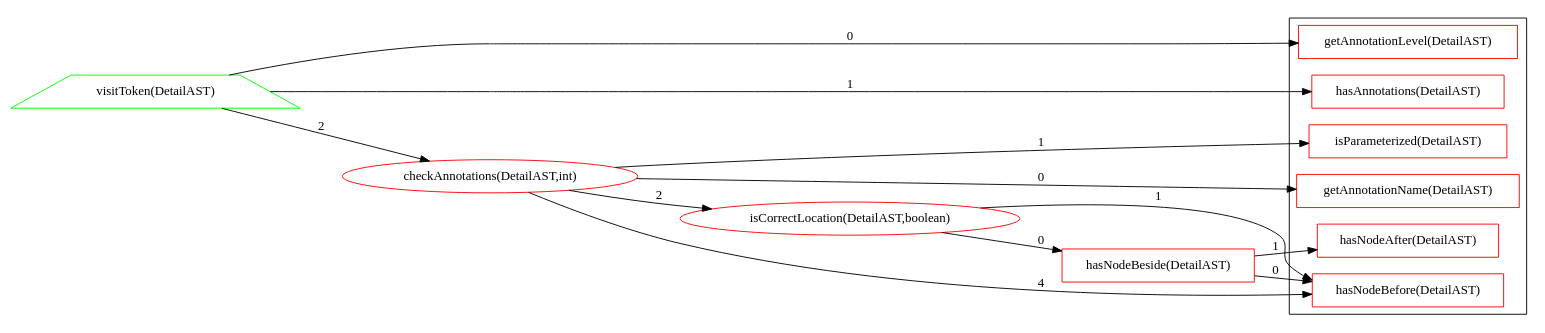
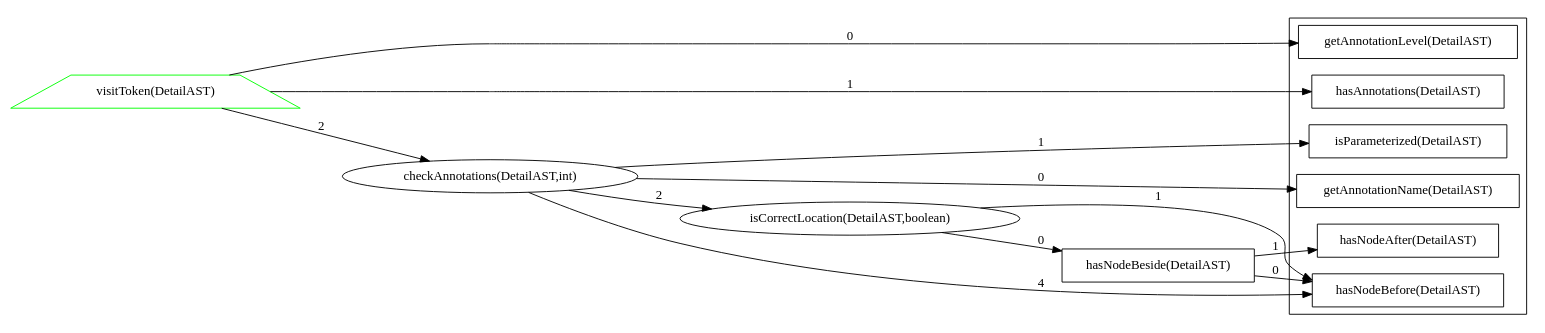
One commit to alex-zuy/alex-zuy.github.io changed the diagram in dot/after_AnnotationLocationCheck.java.dot. Above: the diagram before and after it, drawn with Graphviz. The commit also changed 3 other files, not shown here.

```diff
--- a/dot/after_AnnotationLocationCheck.java.dot
+++ b/dot/after_AnnotationLocationCheck.java.dot
@@ -1,40 +1,40 @@
 digraph dependencies {
 rankdir = "LR";
 subgraph clustersimple {
-"isParameterized(DetailAST)" [ color="#ff0000ff" shape="polygon" ];
-"hasNodeBefore(DetailAST)" [ color="#ff0000ff" shape="polygon" ];
-"hasNodeAfter(DetailAST)" [ color="#ff0000ff" shape="polygon" ];
-"getAnnotationLevel(DetailAST)" [ color="#ff0000ff" shape="polygon" ];
-"hasAnnotations(DetailAST)" [ color="#ff0000ff" shape="polygon" ];
-"getAnnotationName(DetailAST)" [ color="#ff0000ff" shape="polygon" ];
+"isParameterized(DetailAST)" [ color="#000000ff" shape="polygon" ];
+"hasNodeBefore(DetailAST)" [ color="#000000ff" shape="polygon" ];
+"hasNodeAfter(DetailAST)" [ color="#000000ff" shape="polygon" ];
+"getAnnotationLevel(DetailAST)" [ color="#000000ff" shape="polygon" ];
+"hasAnnotations(DetailAST)" [ color="#000000ff" shape="polygon" ];
+"getAnnotationName(DetailAST)" [ color="#000000ff" shape="polygon" ];
 }
-"isCorrectLocation(DetailAST,boolean)" [ color="#ff0000ff" ];
-"hasNodeBeside(DetailAST)" [ color="#ff0000ff" shape="polygon" ];
+"isCorrectLocation(DetailAST,boolean)" [ color="#000000ff" ];
+"hasNodeBeside(DetailAST)" [ color="#000000ff" shape="polygon" ];
 "visitToken(DetailAST)" [ color="#00ff00ff" shape="trapezium" ];
-"checkAnnotations(DetailAST,int)" [ color="#ff0000ff" ];
+"checkAnnotations(DetailAST,int)" [ color="#000000ff" ];
 "isCorrectLocation(DetailAST,boolean)" -> "hasNodeBeside(DetailAST)" [ label="0" ];
 "isCorrectLocation(DetailAST,boolean)" -> "hasNodeBefore(DetailAST)" [ label="1" ];
 "hasNodeBeside(DetailAST)" -> "hasNodeBefore(DetailAST)" [ label="0" ];
 "hasNodeBeside(DetailAST)" -> "hasNodeAfter(DetailAST)" [ label="1" ];
 "visitToken(DetailAST)" -> "getAnnotationLevel(DetailAST)" [ label="0" ];
 "visitToken(DetailAST)" -> "hasAnnotations(DetailAST)" [ label="1" ];
 "visitToken(DetailAST)" -> "checkAnnotations(DetailAST,int)" [ label="2" ];
 "checkAnnotations(DetailAST,int)" -> "isParameterized(DetailAST)" [ label="1" ];
 "checkAnnotations(DetailAST,int)" -> "isCorrectLocation(DetailAST,boolean)" [ label="2" ];
 "checkAnnotations(DetailAST,int)" -> "hasNodeBefore(DetailAST)" [ label="4" ];
 "checkAnnotations(DetailAST,int)" -> "getAnnotationName(DetailAST)" [ label="0" ];
 /*
 Legend
 Node border color:
     a) GREEN - public
     b) YELLOW - protected
     c) BLACK - private
     d) BLUE - default
 Node shape:
     if static - rectangle
     otherwise if override - trapezium
     otherwise if overloaded - triangle
     otherwise ellipse
 
 */
 }
```
